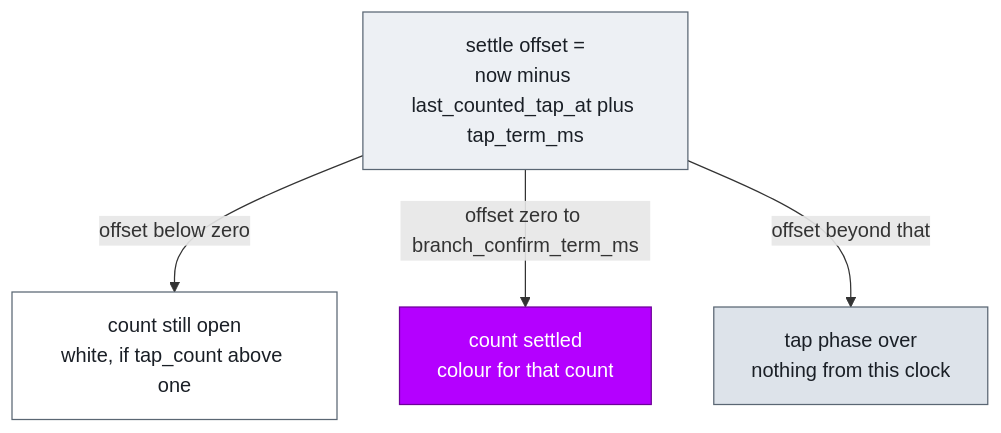
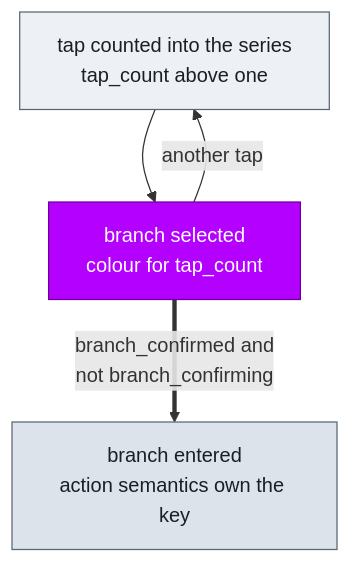
The third of 5 diagrams in docs/RGB_IMPLEMENTATION.md (NoahCLR/charybdis-4x6), drawn with Mermaid before and after one commit. The commit also changed other lines of this file and 23 other files, not shown here.

````diff
--- a/docs/RGB_IMPLEMENTATION.md
+++ b/docs/RGB_IMPLEMENTATION.md
@@ -84,12 +86,11 @@
 ```mermaid
 flowchart TD
-    OFF["settle offset =<br>now minus last_counted_tap_at plus tap_term_ms"]
-    OFF -->|"offset below zero"| W["count still open<br>white, if tap_count above one"]
-    OFF -->|"offset zero to branch_confirm_term_ms"| C["count settled<br>colour for that count"]
-    OFF -->|"offset beyond that"| Q["tap phase over<br>nothing from this clock"]
+    T["tap counted into the series<br>tap_count above one"]
+    T --> P["branch selected<br>colour for tap_count"]
+    P -->|"another tap"| T
+    P ==>|"branch_confirmed and<br>not branch_confirming"| Q["branch entered<br>action semantics own the key"]
 
-    style OFF fill:#EDF0F4,stroke:#5A6673,color:#1A1F26
-    style W fill:#FFFFFF,stroke:#5A6673,color:#1A1F26
-    style C fill:#B400FF,stroke:#6E0099,color:#FFFFFF
+    style T fill:#EDF0F4,stroke:#5A6673,color:#1A1F26
+    style P fill:#B400FF,stroke:#6E0099,color:#FFFFFF
     style Q fill:#DDE3EA,stroke:#5A6673,color:#1A1F26
 ```
````
